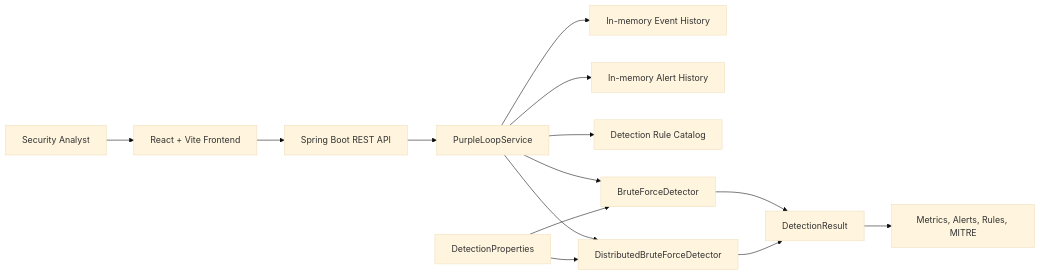
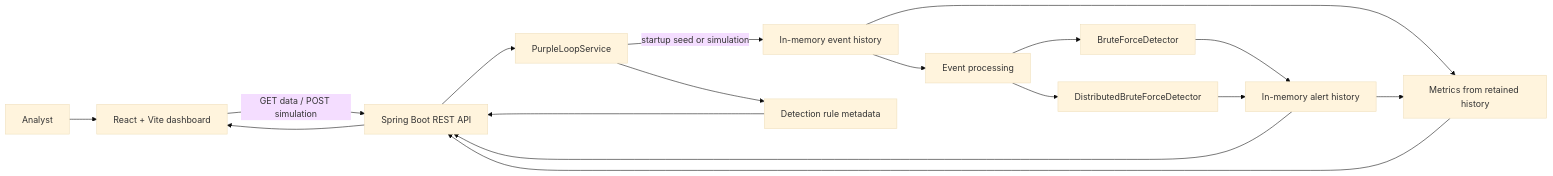
The diagram in README.md (AnupamGupta-Pro00Nation/purpleloop), drawn with Mermaid (base theme) before and after one commit. The commit also changed other lines of this file and 27 other files, not shown here.

````diff
--- a/README.md
+++ b/README.md
@@ -7,16 +31,19 @@
 ```mermaid
 flowchart LR
-    User[Security Analyst] --> Frontend[React + Vite Frontend]
-    Frontend --> API[Spring Boot REST API]
+    Analyst[Analyst] --> UI[React + Vite dashboard]
+    UI -->|GET data / POST simulation| API[Spring Boot REST API]
     API --> Service[PurpleLoopService]
-    Service --> Events[In-memory Event History]
-    Service --> Alerts[In-memory Alert History]
-    Service --> Rules[Detection Rule Catalog]
-    Service --> Single[BruteForceDetector]
-    Service --> Distributed[DistributedBruteForceDetector]
-    Config[DetectionProperties] --> Single
-    Config --> Distributed
-    Single --> Results[DetectionResult]
-    Distributed --> Results
-    Results --> Dashboard[Metrics, Alerts, Rules, MITRE]
+    Service -->|startup seed or simulation| Events[In-memory event history]
+    Events --> Processing[Event processing]
+    Processing --> BF[BruteForceDetector]
+    Processing --> DBF[DistributedBruteForceDetector]
+    BF --> Alerts[In-memory alert history]
+    DBF --> Alerts
+    Events --> Metrics[Metrics from retained history]
+    Alerts --> Metrics
+    Service --> Rules[Detection rule metadata]
+    Alerts --> API
+    Metrics --> API
+    Rules --> API
+    API --> UI
 ```
````
